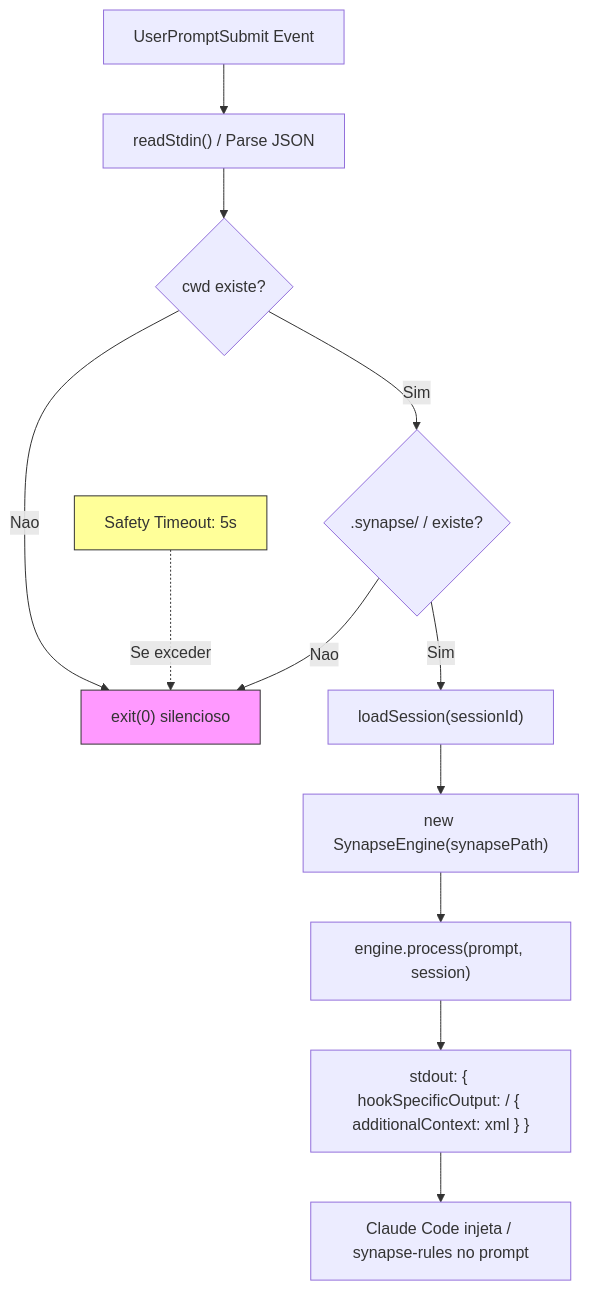
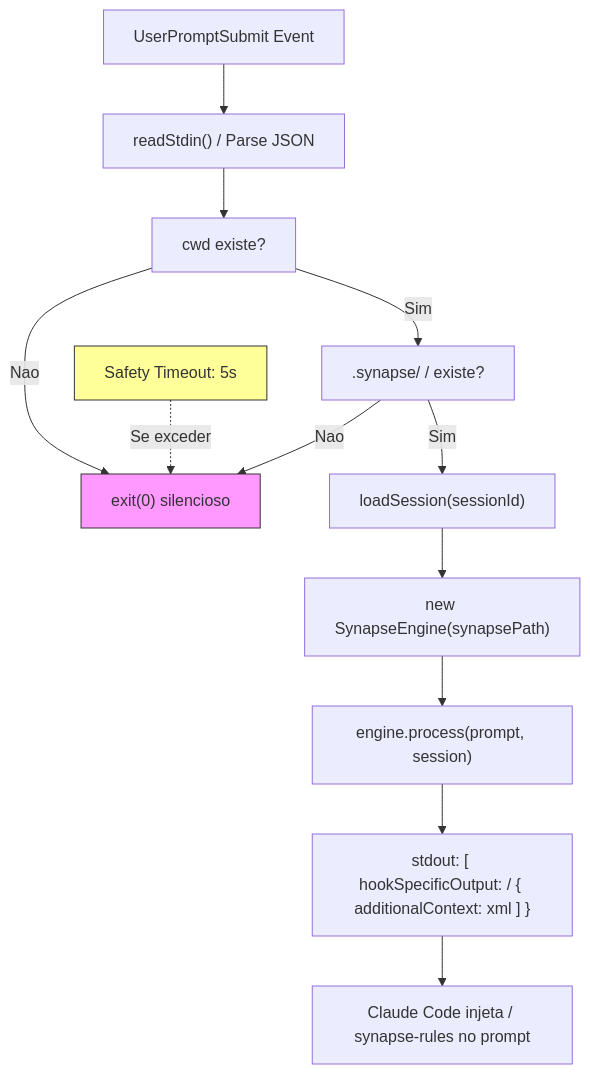
Before and after one commit to bychrisr/aios-docs: the second of 16 diagrams in content/en/docs/architecture/SYNAPSE/SYNAPSE-FLOWCHARTS.mdx, drawn with Mermaid. The commit also changed other lines of this file and 40 other files, not shown here.

````diff
--- a/content/en/docs/architecture/SYNAPSE/SYNAPSE-FLOWCHARTS.mdx
+++ b/content/en/docs/architecture/SYNAPSE/SYNAPSE-FLOWCHARTS.mdx
@@ -75,18 +75,18 @@
 ```mermaid
 flowchart TD
     START["UserPromptSubmit Event"] --> READ_STDIN["readStdin() / Parse JSON"]
-    READ_STDIN --> CHECK_CWD{"cwd existe?"}
+    READ_STDIN --> CHECK_CWD["cwd existe?"]
     CHECK_CWD -->|"Nao"| SILENT_EXIT["exit(0) silencioso"]
-    CHECK_CWD -->|"Sim"| CHECK_SYNAPSE{".synapse/ / existe?"}
+    CHECK_CWD -->|"Sim"| CHECK_SYNAPSE[".synapse/ / existe?"]
     CHECK_SYNAPSE -->|"Nao"| SILENT_EXIT
     CHECK_SYNAPSE -->|"Sim"| LOAD_SESSION["loadSession(sessionId)"]
     LOAD_SESSION --> CREATE_ENGINE["new SynapseEngine(synapsePath)"]
     CREATE_ENGINE --> PROCESS["engine.process(prompt, session)"]
-    PROCESS --> WRITE_STDOUT["stdout: { hookSpecificOutput: / { additionalContext: xml } }"]
+    PROCESS --> WRITE_STDOUT["stdout: [ hookSpecificOutput: / { additionalContext: xml ] }"]
     WRITE_STDOUT --> END["Claude Code injeta / synapse-rules no prompt"]
 
     TIMEOUT["Safety Timeout: 5s"] -.->|"Se exceder"| SILENT_EXIT
 
     style SILENT_EXIT fill:#f9f,stroke:#333
     style TIMEOUT fill:#ff9,stroke:#333
 ```
````
